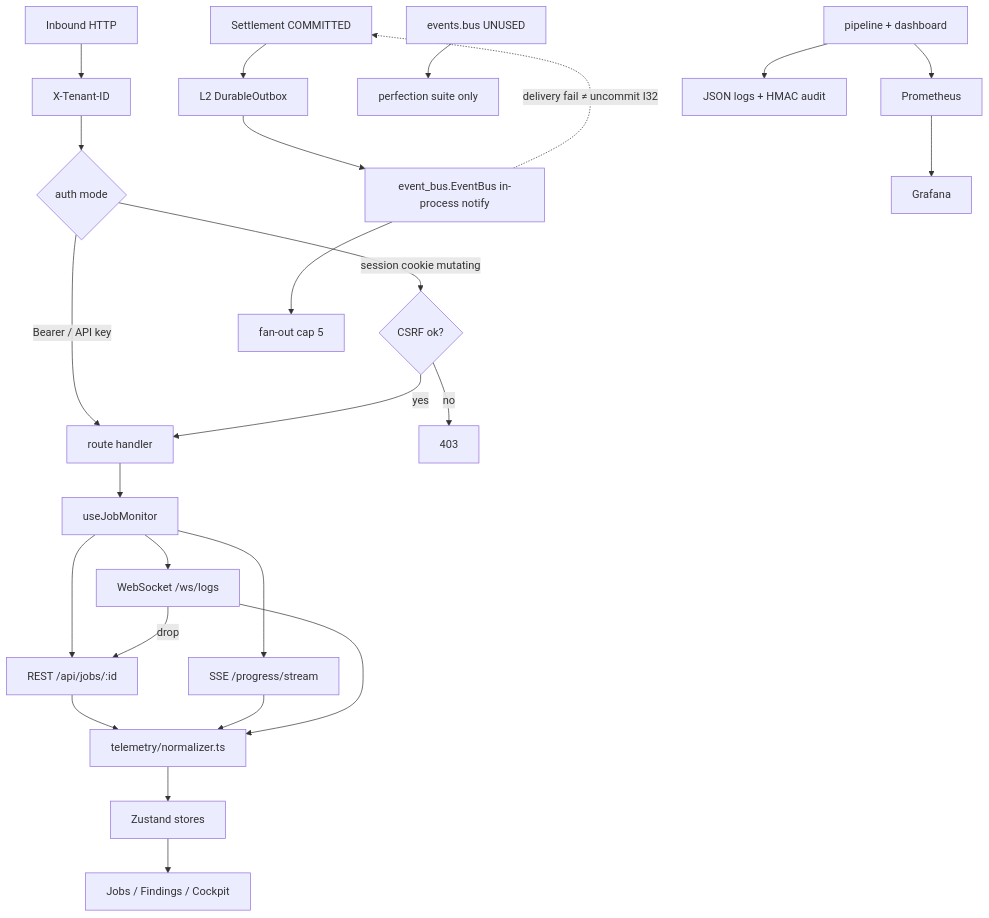
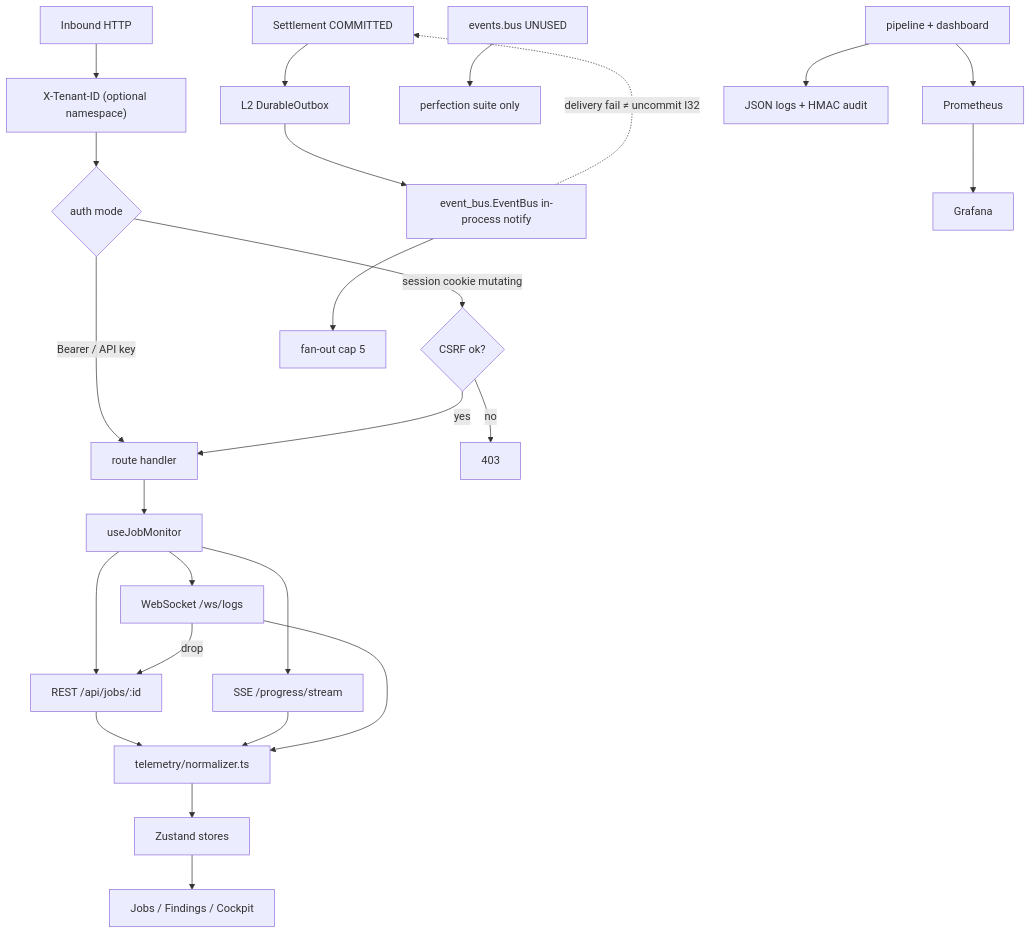
Diagram 11 of 15 in docs/flowchart.md (AviralGup7/Singularity-Zero), drawn with Mermaid before and after one commit. The commit also changed other lines of this file, not shown here.

Commit message:
docs(flowchart): align atlas with live STAGE_GRAPH, SM transitions, I35 recovery branches, and CI structure

````diff
--- a/docs/flowchart.md
+++ b/docs/flowchart.md
@@ -393,27 +417,27 @@
 ```mermaid
 flowchart TD
-    HTTP["Inbound HTTP"] --> Tenant["X-Tenant-ID"]
+    HTTP["Inbound HTTP"] --> Tenant["X-Tenant-ID (optional namespace)"]
     Tenant --> Auth{"auth mode"}
     Auth -->|"Bearer / API key"| Dispatch["route handler"]
     Auth -->|"session cookie mutating"| CSRF{"CSRF ok?"}
     CSRF -->|no| R403["403"]
     CSRF -->|yes| Dispatch
     Dispatch --> Hook["useJobMonitor"]
     Hook --> REST["REST /api/jobs/:id"]
     Hook --> SSE["SSE /progress/stream"]
     Hook --> WS["WebSocket /ws/logs"]
     REST --> Norm["telemetry/normalizer.ts"]
     SSE --> Norm
     WS --> Norm
     WS -->|drop| REST
     Norm --> Stores["Zustand stores"]
     Stores --> Pages["Jobs / Findings / Cockpit"]
     Settle["Settlement COMMITTED"] --> Outbox["L2 DurableOutbox"]
     Outbox --> LiveBus["event_bus.EventBus in-process notify"]
     LiveBus --> Fan["fan-out cap 5"]
     LiveBus -.->|"delivery fail ≠ uncommit I32"| Settle
     Unused["events.bus UNUSED"] --> PerfSuite["perfection suite only"]
     App["pipeline + dashboard"] --> Prom["Prometheus"]
     App --> Logs["JSON logs + HMAC audit"]
     Prom --> Graf["Grafana"]
 ```
````
